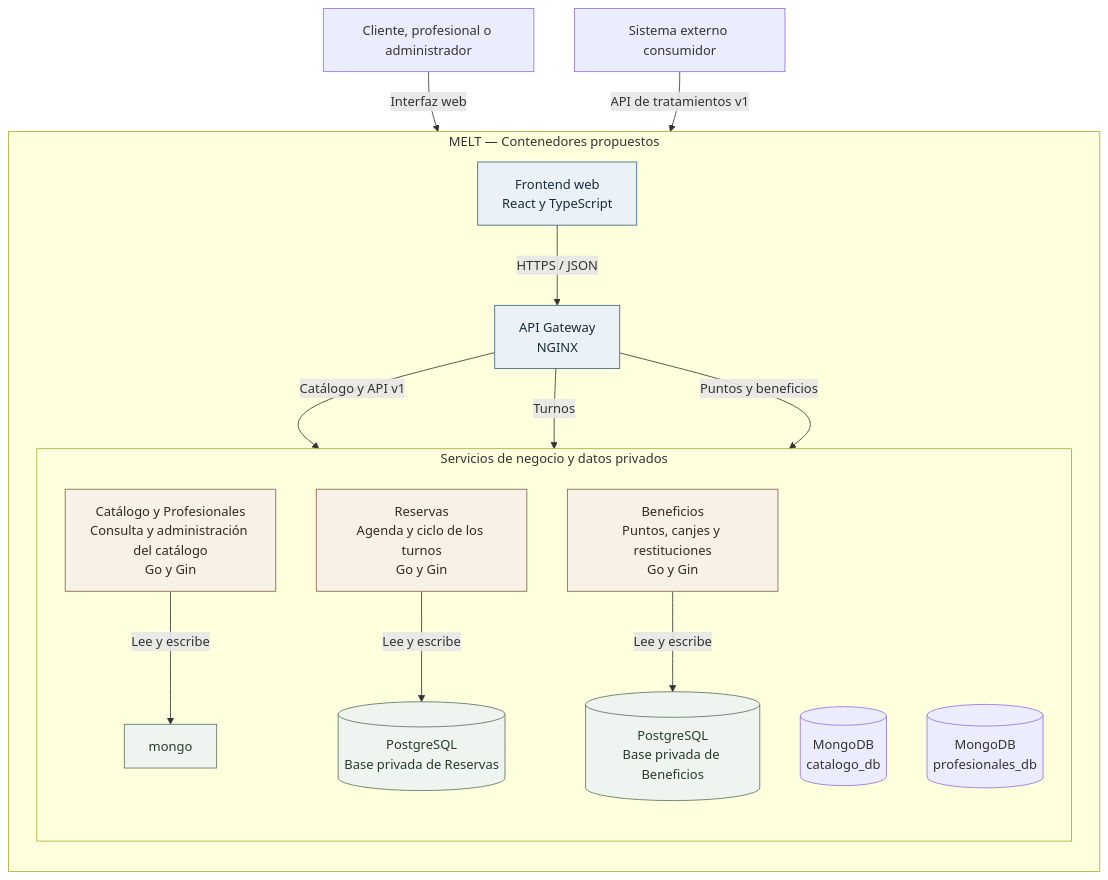
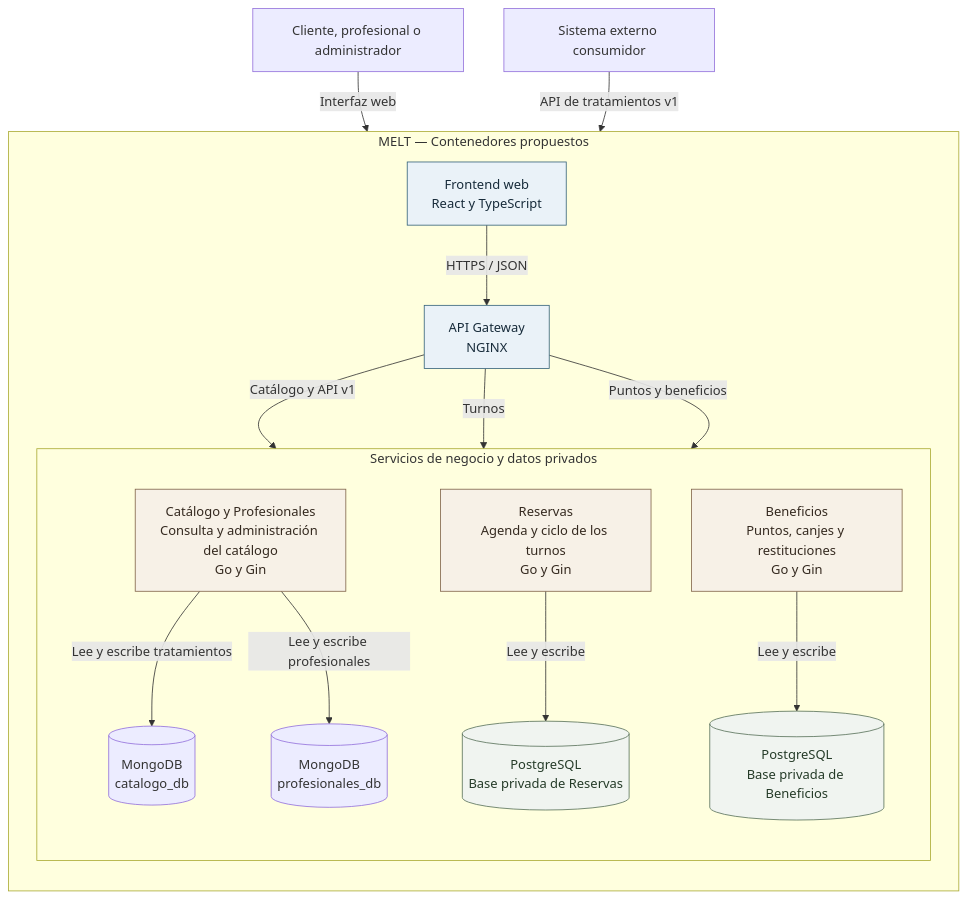
One commit to annagarebertoo/MELT changed the second of 2 diagrams in docs/ARCHITECTURE.md. Above: the diagram before and after it, drawn with Mermaid.

Commit message:
docs: corregir diagrama de bases MongoDB

````diff
--- a/docs/ARCHITECTURE.md
+++ b/docs/ARCHITECTURE.md
@@ -42,41 +42,42 @@
 ```mermaid
 flowchart TB
     usuario["Cliente, profesional o administrador"]
     externo["Sistema externo consumidor"]
 
     subgraph MELT["MELT — Contenedores propuestos"]
         direction TB
         web["Frontend web<br/>React y TypeScript"]
         gateway["API Gateway<br/>NGINX"]
 
         subgraph servicios["Servicios de negocio y datos privados"]
             direction TB
             catalogo["Catálogo y Profesionales<br/>Consulta y administración del catálogo<br/>Go y Gin"]
             reservas["Reservas<br/>Agenda y ciclo de los turnos<br/>Go y Gin"]
             beneficios["Beneficios<br/>Puntos, canjes y restituciones<br/>Go y Gin"]
             mongo1[("MongoDB<br/>catalogo_db")]
              mongo2[("MongoDB<br/>profesionales_db")]
             pgres[("PostgreSQL<br/>Base privada de Reservas")]
             pgbenef[("PostgreSQL<br/>Base privada de Beneficios")]
 
-            catalogo -->|"Lee y escribe"| mongo
+            catalogo -->|"Lee y escribe tratamientos"| mongo1
+            catalogo -->|"Lee y escribe profesionales"| mongo2
             reservas -->|"Lee y escribe"| pgres
             beneficios -->|"Lee y escribe"| pgbenef
         end
 
         web -->|"HTTPS / JSON"| gateway
         gateway -->|"Catálogo y API v1"| catalogo
         gateway -->|"Turnos"| reservas
         gateway -->|"Puntos y beneficios"| beneficios
     end
 
     usuario -->|"Interfaz web"| web
     externo -->|"API de tratamientos v1"| gateway
 
     classDef acceso fill:#eaf2f8,stroke:#35627a,color:#172b3a;
     classDef servicio fill:#f7f1e7,stroke:#806449,color:#34291f;
     classDef datos fill:#f0f4f0,stroke:#58715a,color:#253b28;
     class web,gateway acceso;
     class catalogo,reservas,beneficios servicio;
     class mongo,pgres,pgbenef datos;
 ```
````
